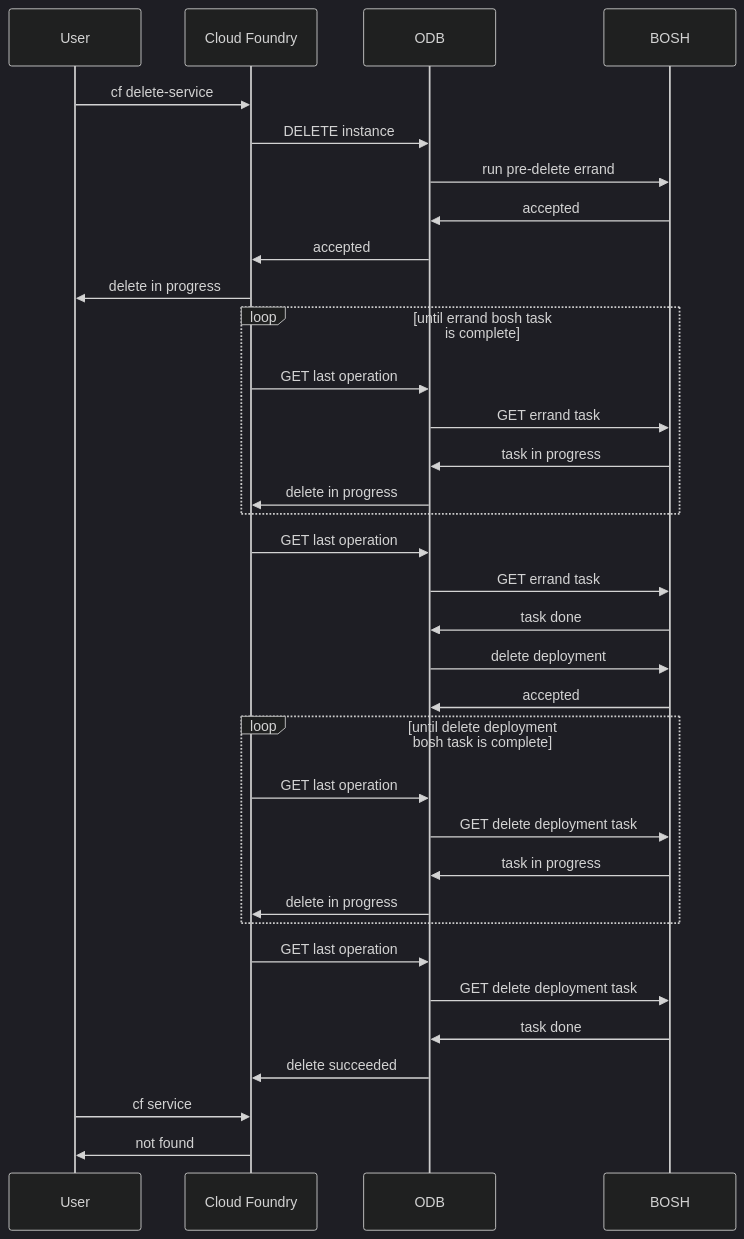
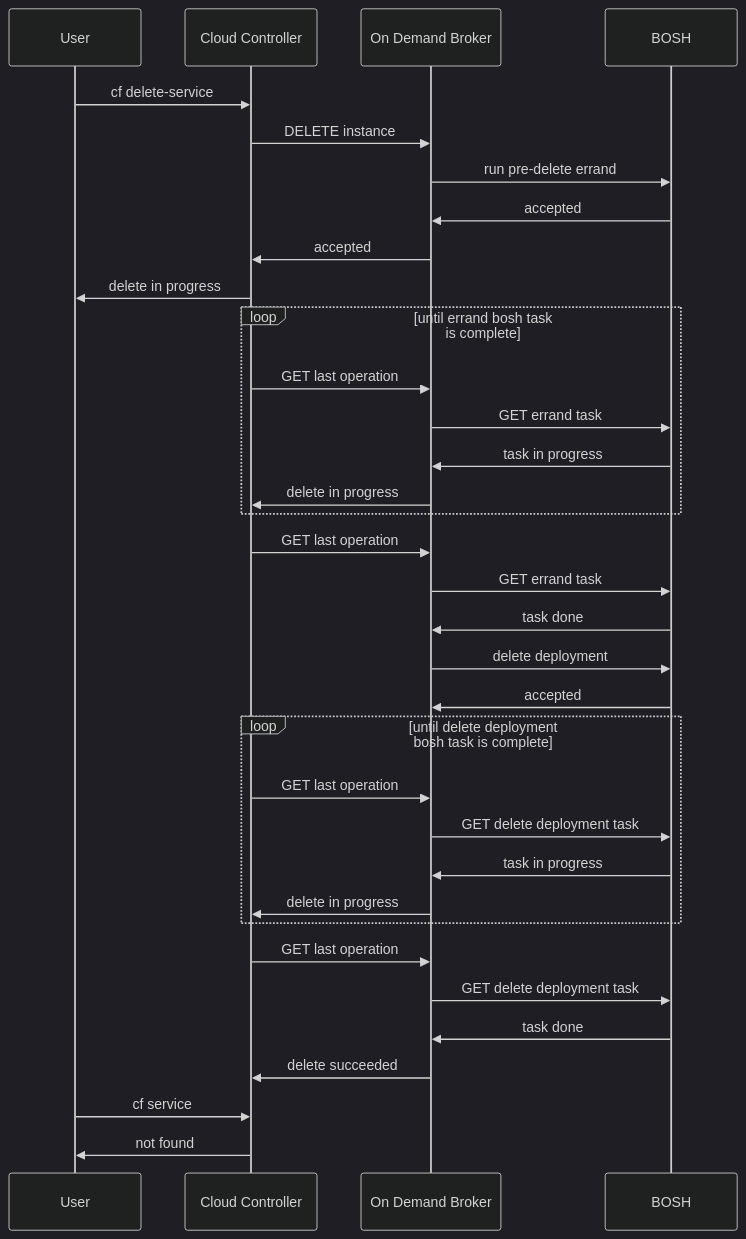
Before and after one commit to pivotal-cf/docs-on-demand-service-broker: the diagram in mmd/pre_delete_workflow.mmd, drawn with Mermaid (dark theme). The commit also changed 10 other files, not shown here.

Commit message:
change  to  in sequence diagrams

```diff
--- a/mmd/pre_delete_workflow.mmd
+++ b/mmd/pre_delete_workflow.mmd
@@ -1,32 +1,32 @@
 <div class="mermaid">
 sequenceDiagram
-  User->>Cloud Foundry:cf delete-service
-  Cloud Foundry->>ODB:DELETE instance
-  ODB->>BOSH:run pre-delete errand
-  BOSH->>ODB:accepted
-  ODB->>Cloud Foundry:accepted
-  Cloud Foundry->>User: delete in progress
+  User->>Cloud Controller:cf delete-service
+  Cloud Controller->>On Demand Broker:DELETE instance
+  On Demand Broker->>BOSH:run pre-delete errand
+  BOSH->>On Demand Broker:accepted
+  On Demand Broker->>Cloud Controller:accepted
+  Cloud Controller->>User: delete in progress
   loop until errand bosh task is complete
-    Cloud Foundry->>ODB:GET last operation
-    ODB->>BOSH:GET errand task
-    BOSH->>ODB:task in progress
-    ODB->>Cloud Foundry:delete in progress
+    Cloud Controller->>On Demand Broker:GET last operation
+    On Demand Broker->>BOSH:GET errand task
+    BOSH->>On Demand Broker:task in progress
+    On Demand Broker->>Cloud Controller:delete in progress
   end
-  Cloud Foundry->>ODB:GET last operation
-  ODB->>BOSH:GET errand task
-  BOSH->>ODB:task done
-  ODB->>BOSH:delete deployment
-  BOSH->>ODB:accepted
+  Cloud Controller->>On Demand Broker:GET last operation
+  On Demand Broker->>BOSH:GET errand task
+  BOSH->>On Demand Broker:task done
+  On Demand Broker->>BOSH:delete deployment
+  BOSH->>On Demand Broker:accepted
   loop until delete deployment bosh task is complete
-    Cloud Foundry->>ODB: GET last operation
-    ODB->>BOSH: GET delete deployment task
-    BOSH->>ODB: task in progress
-    ODB->>Cloud Foundry: delete in progress
+    Cloud Controller->>On Demand Broker: GET last operation
+    On Demand Broker->>BOSH: GET delete deployment task
+    BOSH->>On Demand Broker: task in progress
+    On Demand Broker->>Cloud Controller: delete in progress
   end
-  Cloud Foundry->>ODB: GET last operation
-  ODB->>BOSH: GET delete deployment task
-  BOSH->>ODB: task done
-  ODB->>Cloud Foundry: delete succeeded
-  User->>Cloud Foundry:cf service
-  Cloud Foundry->>User: not found
+  Cloud Controller->>On Demand Broker: GET last operation
+  On Demand Broker->>BOSH: GET delete deployment task
+  BOSH->>On Demand Broker: task done
+  On Demand Broker->>Cloud Controller: delete succeeded
+  User->>Cloud Controller:cf service
+  Cloud Controller->>User: not found
 </div>
```
